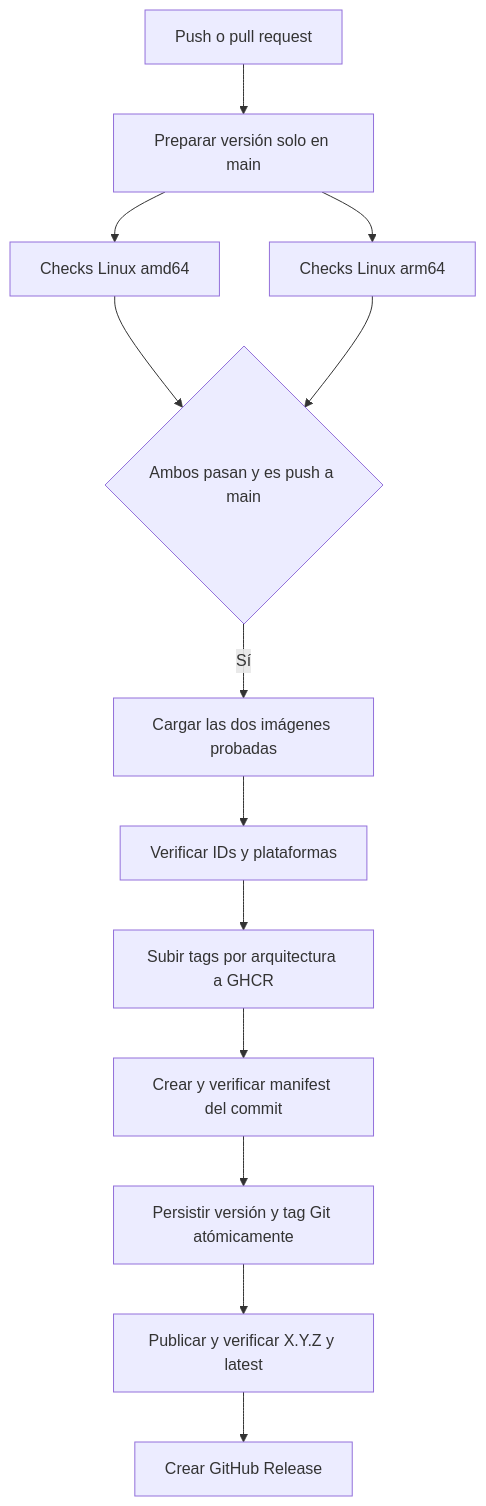
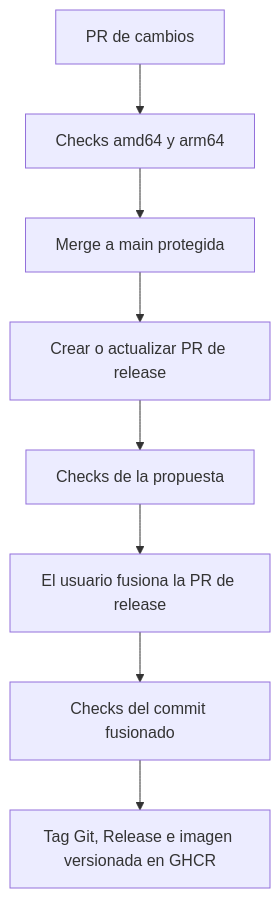
One commit to brunofelixns/mealie-mcp-server changed the diagram in docs/ci.md. Above: the diagram before and after it, drawn with Mermaid. The commit also changed other lines of this file and 12 other files, not shown here.

Commit message:
feat(ci): release through protected pull requests

````diff
--- a/docs/ci.md
+++ b/docs/ci.md
@@ -11,15 +23,10 @@
 ```mermaid
 flowchart TD
-    P[Push o pull request] --> V[Preparar versión solo en main]
-    V --> A[Checks Linux amd64]
-    V --> B[Checks Linux arm64]
-    A --> C{Ambos pasan y es push a main}
-    B --> C
-    C -->|Sí| D[Cargar las dos imágenes probadas]
-    D --> E[Verificar IDs y plataformas]
-    E --> F[Subir tags por arquitectura a GHCR]
-    F --> G[Crear y verificar manifest del commit]
-    G --> H[Persistir versión y tag Git atómicamente]
-    H --> I[Publicar y verificar X.Y.Z y latest]
-    I --> J[Crear GitHub Release]
+    A[PR de cambios] --> B[Checks amd64 y arm64]
+    B --> C[Merge a main protegida]
+    C --> D[Crear o actualizar PR de release]
+    D --> E[Checks de la propuesta]
+    E --> F[El usuario fusiona la PR de release]
+    F --> G[Checks del commit fusionado]
+    G --> H[Tag Git, Release e imagen versionada en GHCR]
 ```
````
